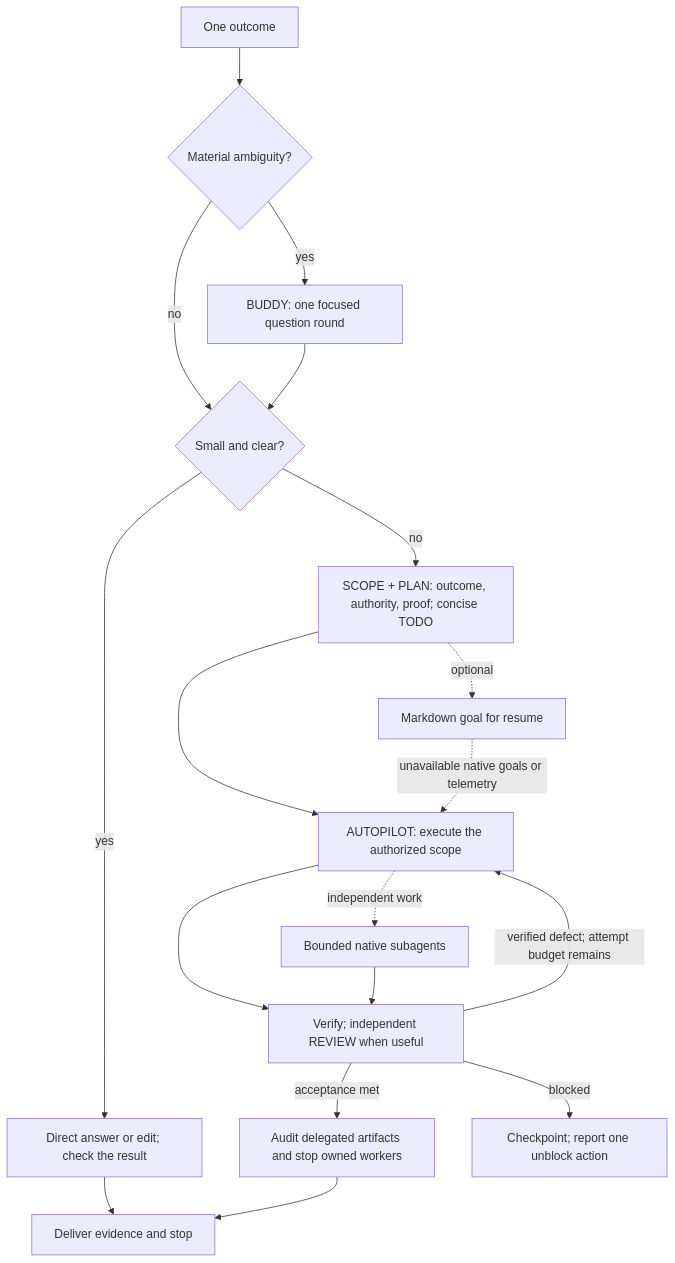
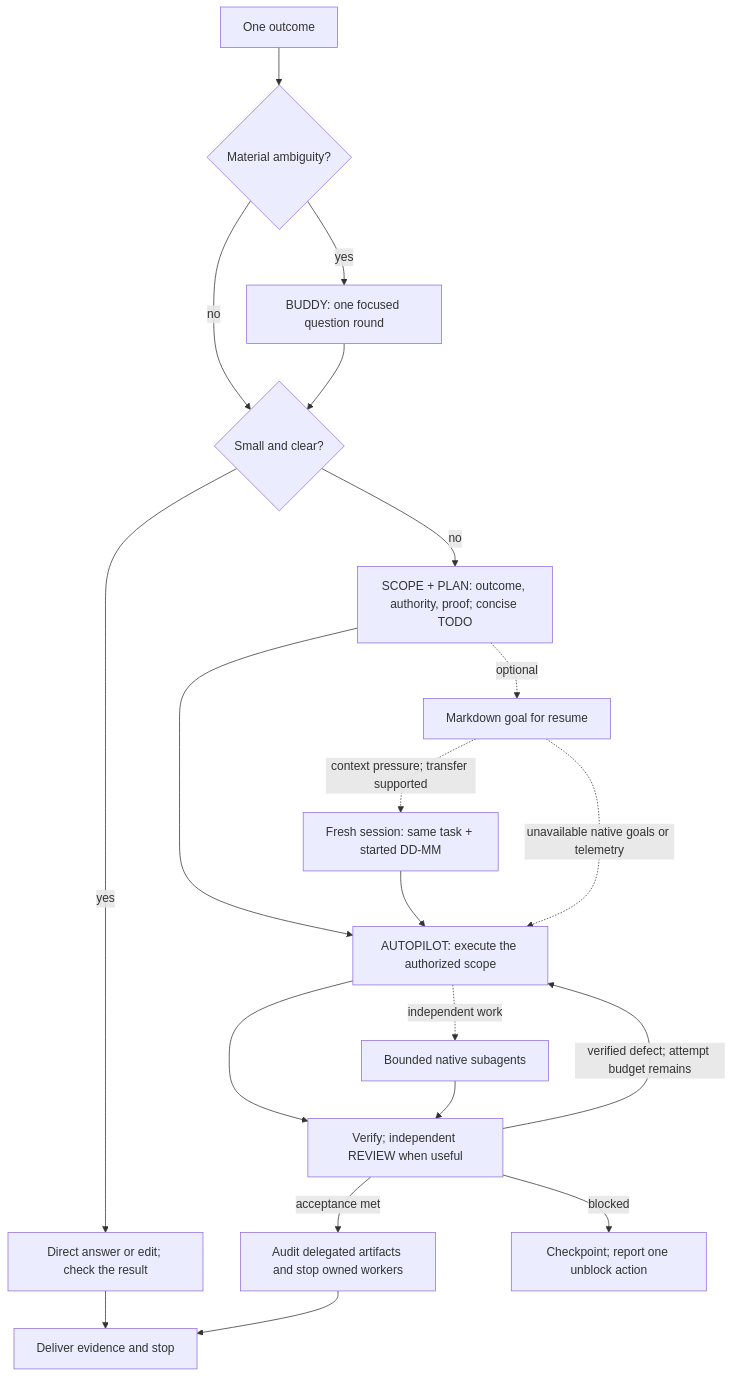
One commit to nobrainer-tech/nobrainer-claude-skills changed the diagram in README.md. Above: the diagram before and after it, drawn with Mermaid. The commit also changed other lines of this file and 19 other files, not shown here.

Commit message:
Add dated titles to fresh session handoffs (#54)

````diff
--- a/README.md
+++ b/README.md
@@ -91,20 +91,22 @@
 ```mermaid
 flowchart TD
     A[One outcome] --> B{Material ambiguity?}
     B -->|yes| C[BUDDY: one focused question round]
     B -->|no| D{Small and clear?}
     C --> D
     D -->|yes| E[Direct answer or edit; check the result]
     D -->|no| F[SCOPE + PLAN: outcome, authority, proof; concise TODO]
     F --> G[AUTOPILOT: execute the authorized scope]
     G --> H[Verify; independent REVIEW when useful]
     H -->|verified defect; attempt budget remains| G
     H -->|acceptance met| I[Audit delegated artifacts and stop owned workers]
     H -->|blocked| J[Checkpoint; report one unblock action]
     E --> K[Deliver evidence and stop]
     I --> K
     F -. optional .-> L[Markdown goal for resume]
     G -. independent work .-> M[Bounded native subagents]
     M --> H
+    L -. context pressure; transfer supported .-> N[Fresh session: same task + started DD-MM]
+    N --> G
     L -. unavailable native goals or telemetry .-> G
 ```
````
